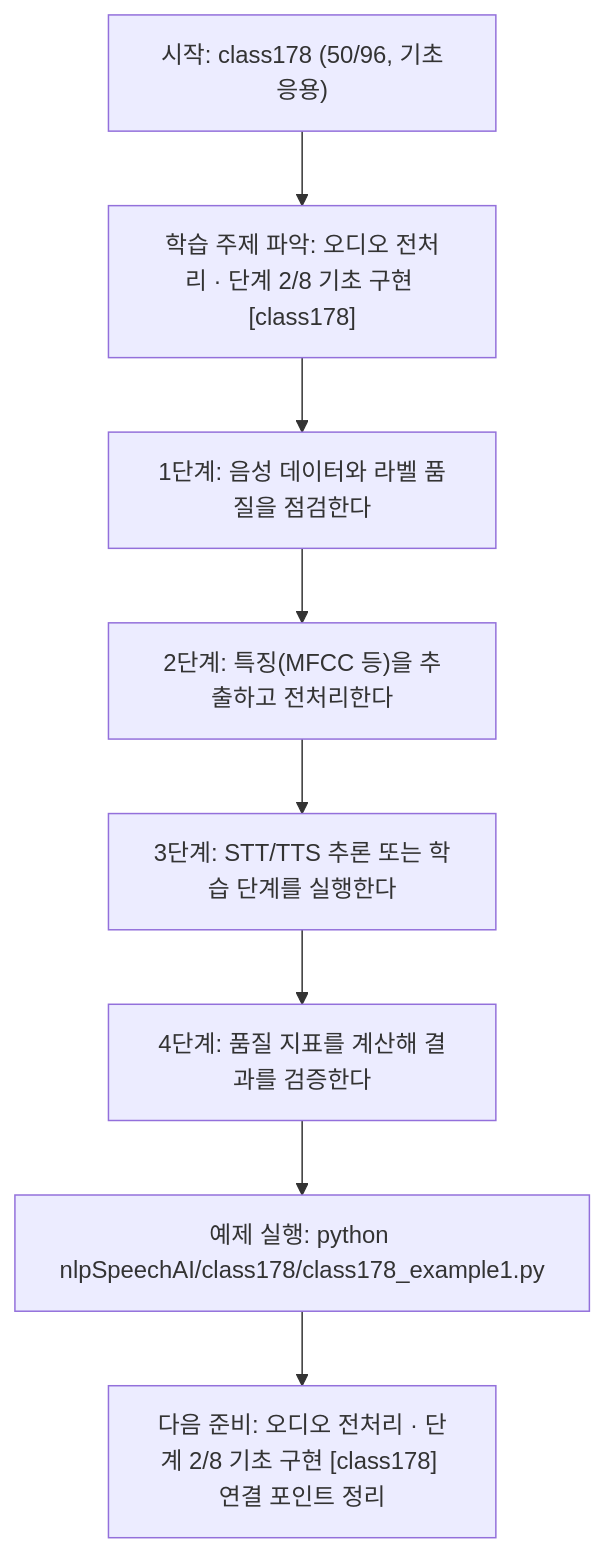
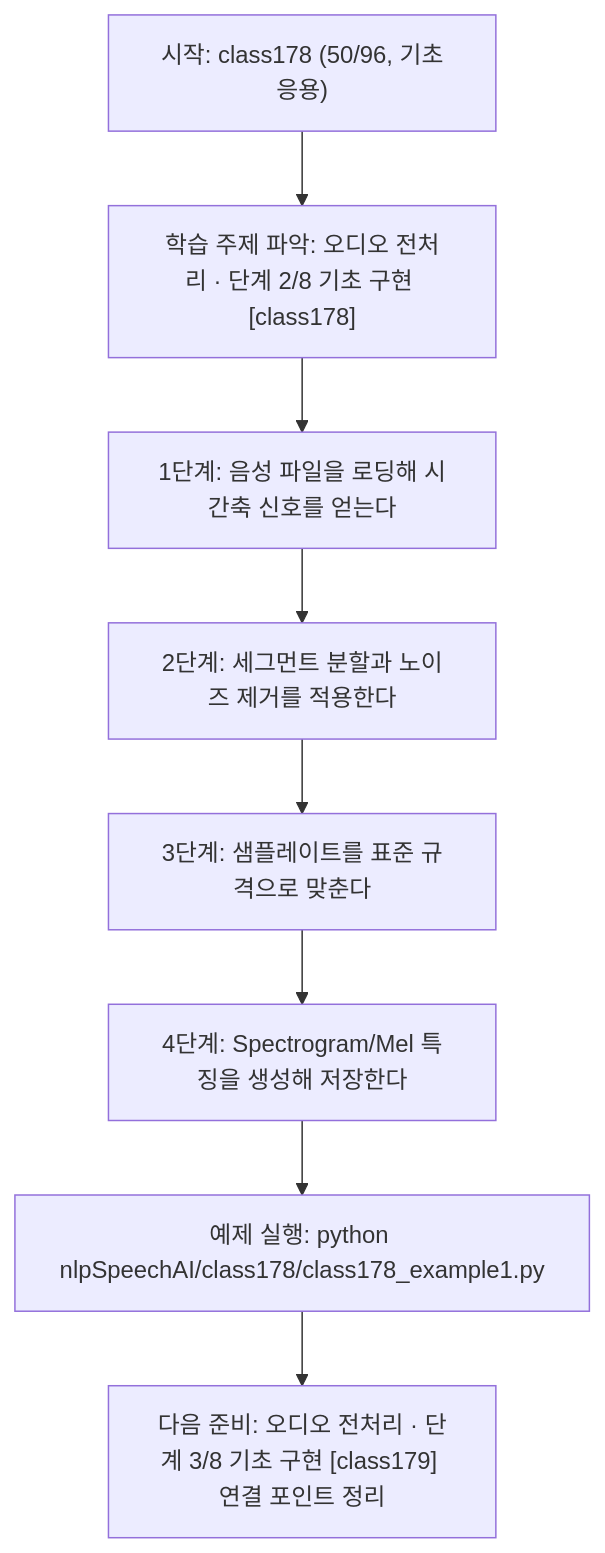
Before and after one commit to edumgt/Python-AI_Agent-Class: the diagram in nlpSpeechAI/class178/class178.md, drawn with Mermaid. The commit also changed other lines of this file and 1122 other files, not shown here.

````diff
--- a/nlpSpeechAI/class178/class178.md
+++ b/nlpSpeechAI/class178/class178.md
@@ -113,18 +95,18 @@
 ```mermaid
 flowchart TD
 N1["시작: class178 (50/96, 기초응용)"]
 N2["학습 주제 파악: 오디오 전처리 · 단계 2/8 기초 구현 [class178]"]
-N3["1단계: 음성 데이터와 라벨 품질을 점검한다"]
-N4["2단계: 특징(MFCC 등)을 추출하고 전처리한다"]
-N5["3단계: STT/TTS 추론 또는 학습 단계를 실행한다"]
-N6["4단계: 품질 지표를 계산해 결과를 검증한다"]
+N3["1단계: 음성 파일을 로딩해 시간축 신호를 얻는다"]
+N4["2단계: 세그먼트 분할과 노이즈 제거를 적용한다"]
+N5["3단계: 샘플레이트를 표준 규격으로 맞춘다"]
+N6["4단계: Spectrogram/Mel 특징을 생성해 저장한다"]
 N7["예제 실행: python nlpSpeechAI/class178/class178_example1.py"]
-N8["다음 준비: 오디오 전처리 · 단계 2/8 기초 구현 [class178] 연결 포인트 정리"]
+N8["다음 준비: 오디오 전처리 · 단계 3/8 기초 구현 [class179] 연결 포인트 정리"]
 N1 --> N2
 N2 --> N3
 N3 --> N4
 N4 --> N5
 N5 --> N6
 N6 --> N7
 N7 --> N8
 ```
````
